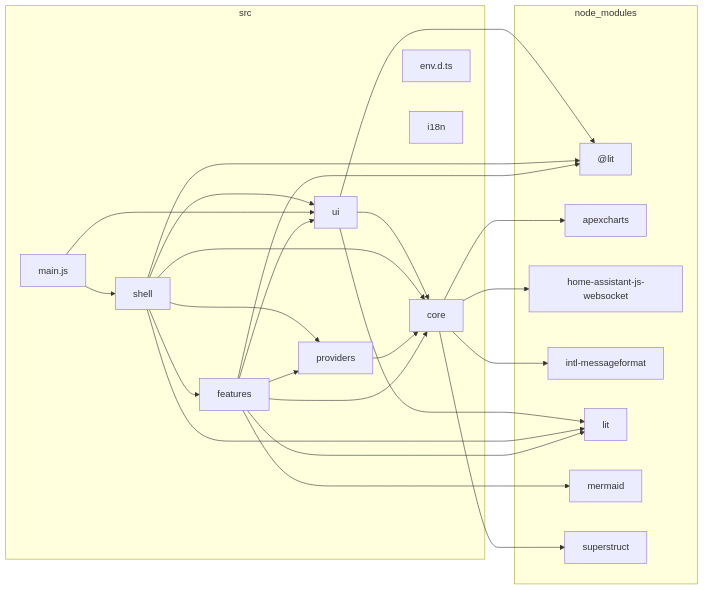
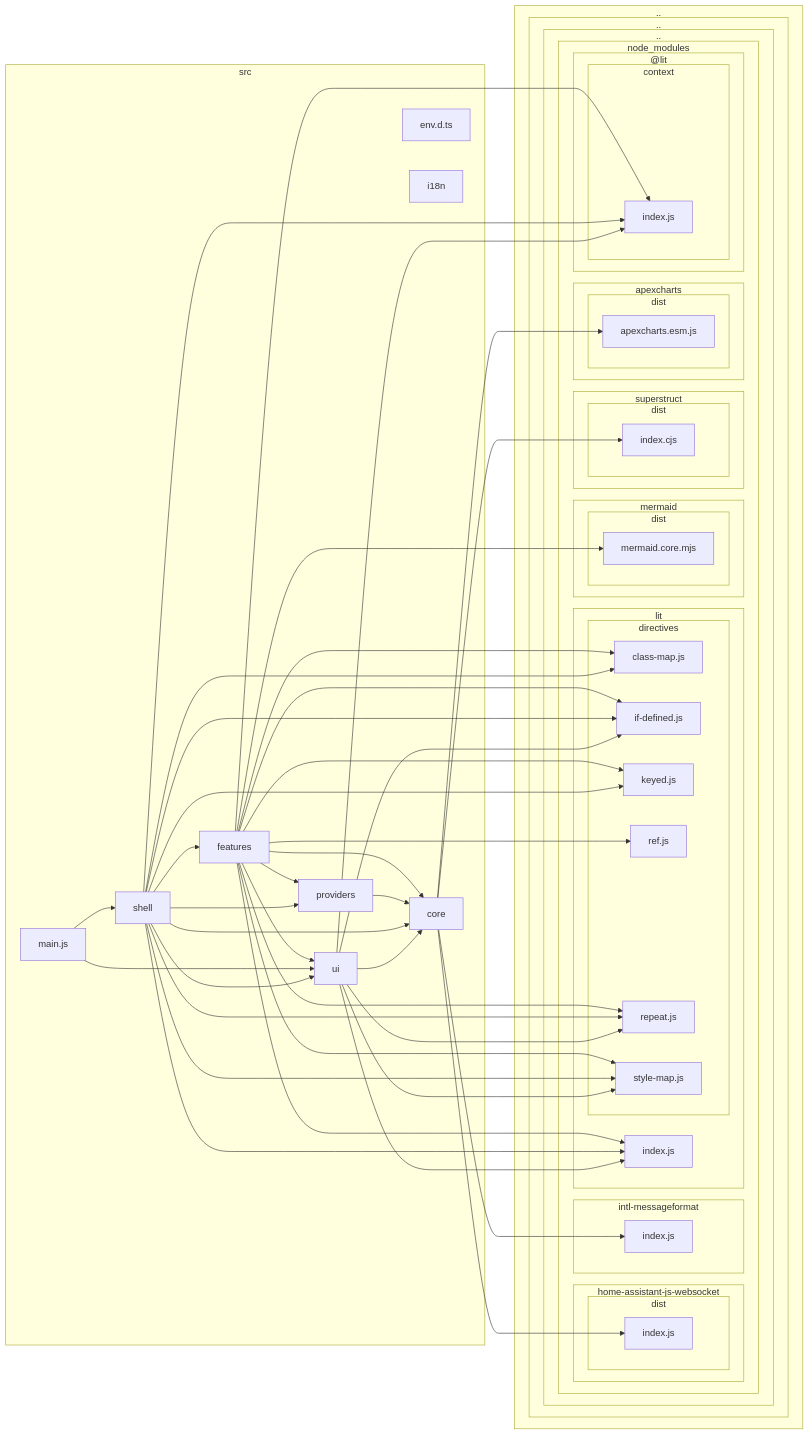
One commit to pldelisle/ha-home-panel changed the diagram in docs/architecture/dependency-graph.md. Above: the diagram before and after it, drawn with Mermaid. The commit also changed 25 other files, not shown here.

````diff
--- a/docs/architecture/dependency-graph.md
+++ b/docs/architecture/dependency-graph.md
@@ -5,45 +5,97 @@
 ```mermaid
 flowchart LR
 
-subgraph 0["node_modules"]
-1["@lit"]
-2["apexcharts"]
-3["home-assistant-js-websocket"]
-4["intl-messageformat"]
-5["lit"]
-6["mermaid"]
-7["superstruct"]
+subgraph 0[".."]
+subgraph 1[".."]
+subgraph 2[".."]
+subgraph 3["node_modules"]
+subgraph 4["@lit"]
+subgraph 5["context"]
+6["index.js"]
 end
-subgraph 8["src"]
-9["core"]
-A["env.d.ts"]
-B["features"]
-C["i18n"]
-D["main.js"]
-E["providers"]
-F["shell"]
-G["ui"]
 end
-9-->2
-9-->3
-9-->7
-9-->4
-B-->9
-B-->G
-B-->5
-B-->E
-B-->1
-B-->6
-D-->F
-D-->G
-E-->9
-F-->9
-F-->B
-F-->G
-F-->1
-F-->5
-F-->E
-G-->9
-G-->5
-G-->1
+subgraph 7["apexcharts"]
+subgraph 8["dist"]
+9["apexcharts.esm.js"]
+end
+end
+subgraph A["home-assistant-js-websocket"]
+subgraph B["dist"]
+C["index.js"]
+end
+end
+subgraph D["intl-messageformat"]
+E["index.js"]
+end
+subgraph F["lit"]
+subgraph G["directives"]
+H["class-map.js"]
+I["if-defined.js"]
+J["keyed.js"]
+K["ref.js"]
+L["repeat.js"]
+M["style-map.js"]
+end
+N["index.js"]
+end
+subgraph O["mermaid"]
+subgraph P["dist"]
+Q["mermaid.core.mjs"]
+end
+end
+subgraph R["superstruct"]
+subgraph S["dist"]
+T["index.cjs"]
+end
+end
+end
+end
+end
+end
+subgraph U["src"]
+V["core"]
+W["env.d.ts"]
+X["features"]
+Y["i18n"]
+Z["main.js"]
+10["providers"]
+11["shell"]
+12["ui"]
+end
+V-->9
+V-->C
+V-->T
+V-->E
+X-->V
+X-->12
+X-->N
+X-->H
+X-->I
+X-->L
+X-->10
+X-->6
+X-->Q
+X-->K
+X-->J
+X-->M
+Z-->11
+Z-->12
+10-->V
+11-->V
+11-->X
+11-->12
+11-->6
+11-->N
+11-->H
+11-->I
+11-->J
+11-->L
+11-->10
+11-->M
+12-->V
+12-->N
+12-->6
+12-->M
+12-->L
+12-->I
 ```
````
